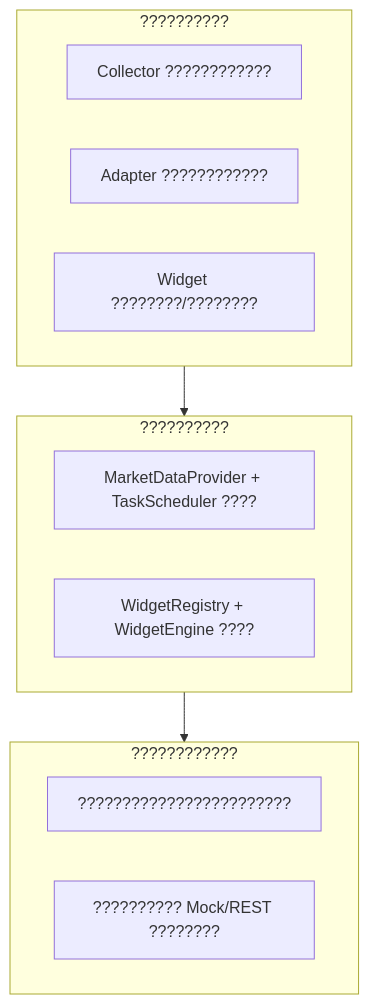
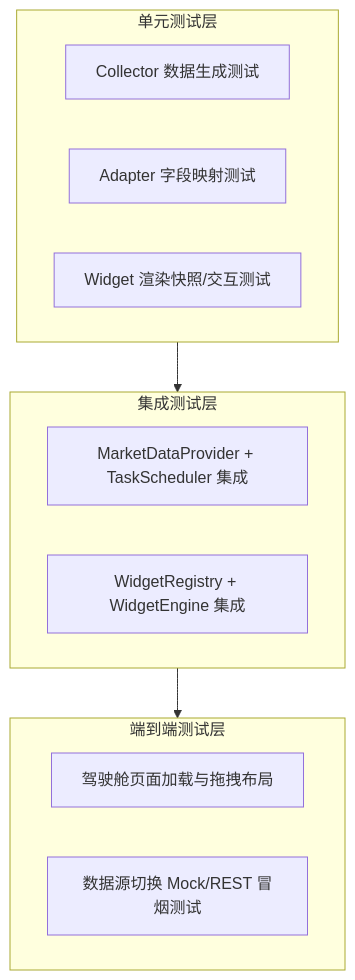
One commit to DHENGHONGYU/- changed the fourth of 4 diagrams in docs/explanation/ARCHITECTURE.md. Above: the diagram before and after it, drawn with Mermaid. The commit also changed other lines of this file and 849 other files, not shown here.

````diff
--- a/docs/explanation/ARCHITECTURE.md
+++ b/docs/explanation/ARCHITECTURE.md
@@ -338,17 +338,17 @@
 ```mermaid
 flowchart TB
-    subgraph Unit["??????????"]
-        U1["Collector ????????????"]
-        U2["Adapter ????????????"]
-        U3["Widget ????????/????????"]
+    subgraph Unit["单元测试层"]
+        U1["Collector 数据生成测试"]
+        U2["Adapter 字段映射测试"]
+        U3["Widget 渲染快照/交互测试"]
     end
-    subgraph Integration["??????????"]
-        I1["MarketDataProvider + TaskScheduler ????"]
-        I2["WidgetRegistry + WidgetEngine ????"]
+    subgraph Integration["集成测试层"]
+        I1["MarketDataProvider + TaskScheduler 集成"]
+        I2["WidgetRegistry + WidgetEngine 集成"]
     end
-    subgraph E2E["????????????"]
-        E1["????????????????????????"]
-        E2["?????????? Mock/REST ????????"]
+    subgraph E2E["端到端测试层"]
+        E1["驾驶舱页面加载与拖拽布局"]
+        E2["数据源切换 Mock/REST 冒烟测试"]
     end
     Unit --> Integration --> E2E
 ```
````
